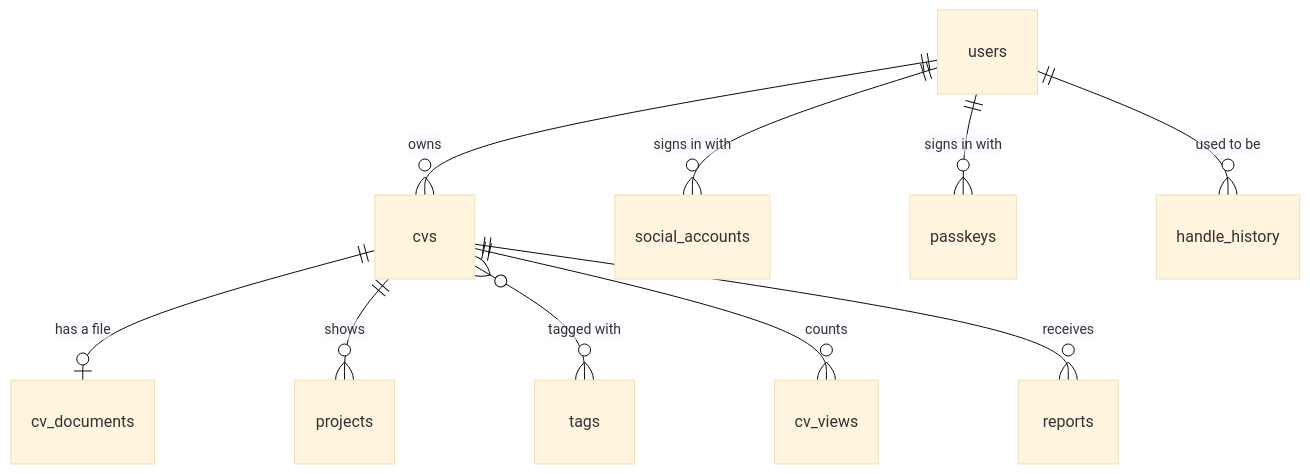
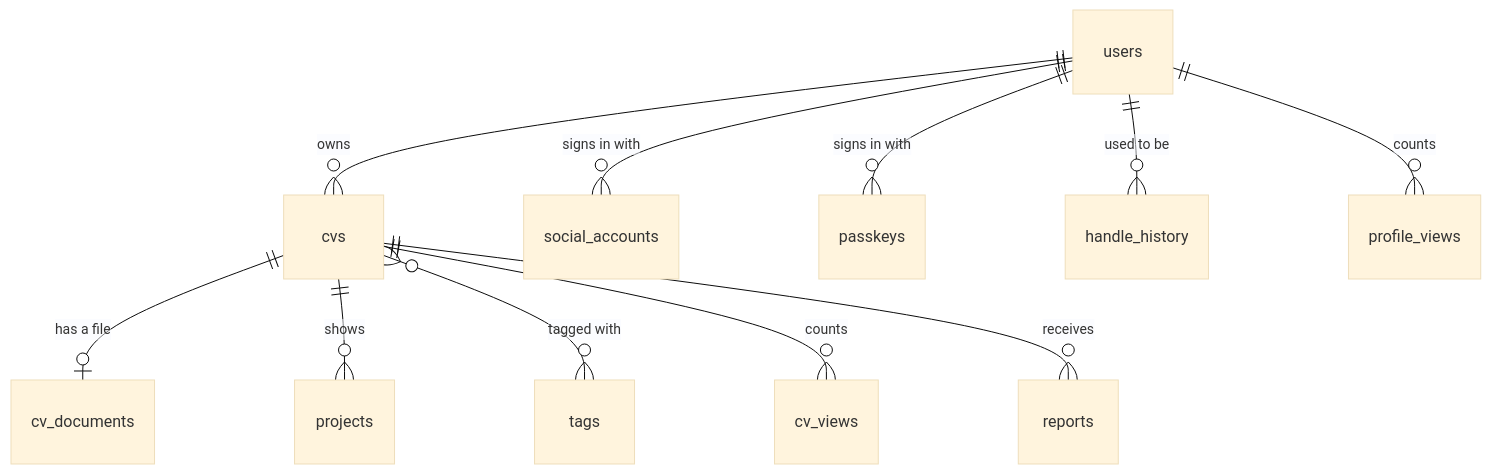
One commit to zaccesss/vitafolio changed the second of 2 diagrams in docs/DOCUMENTATION.md. Above: the diagram before and after it, drawn with Mermaid (base theme). The commit also changed other lines of this file and 91 other files, not shown here.

````diff
--- a/docs/DOCUMENTATION.md
+++ b/docs/DOCUMENTATION.md
@@ -110,12 +122,13 @@
 ```mermaid
 erDiagram
     users ||--o{ cvs : owns
     users ||--o{ social_accounts : "signs in with"
     users ||--o{ passkeys : "signs in with"
     users ||--o{ handle_history : "used to be"
     cvs ||--o| cv_documents : "has a file"
     cvs ||--o{ projects : shows
     cvs }o--o{ tags : "tagged with"
     cvs ||--o{ cv_views : counts
+    users ||--o{ profile_views : counts
     cvs ||--o{ reports : receives
 ```
````
